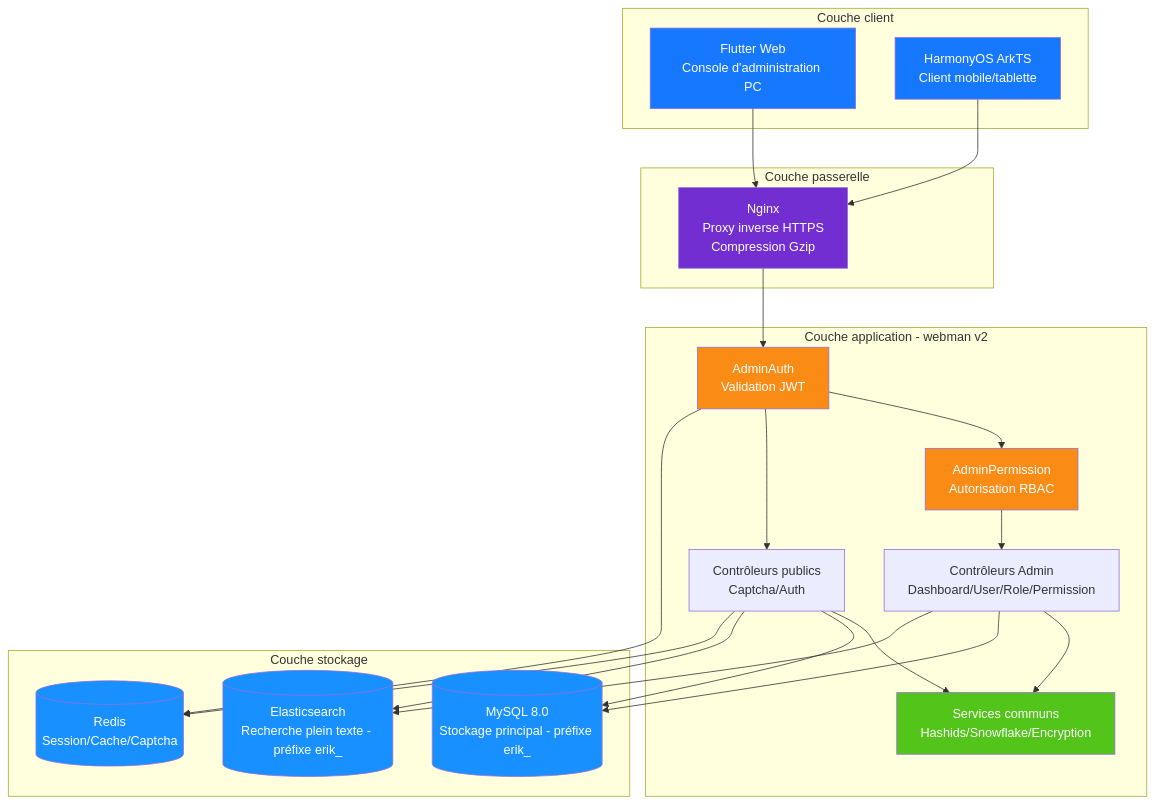
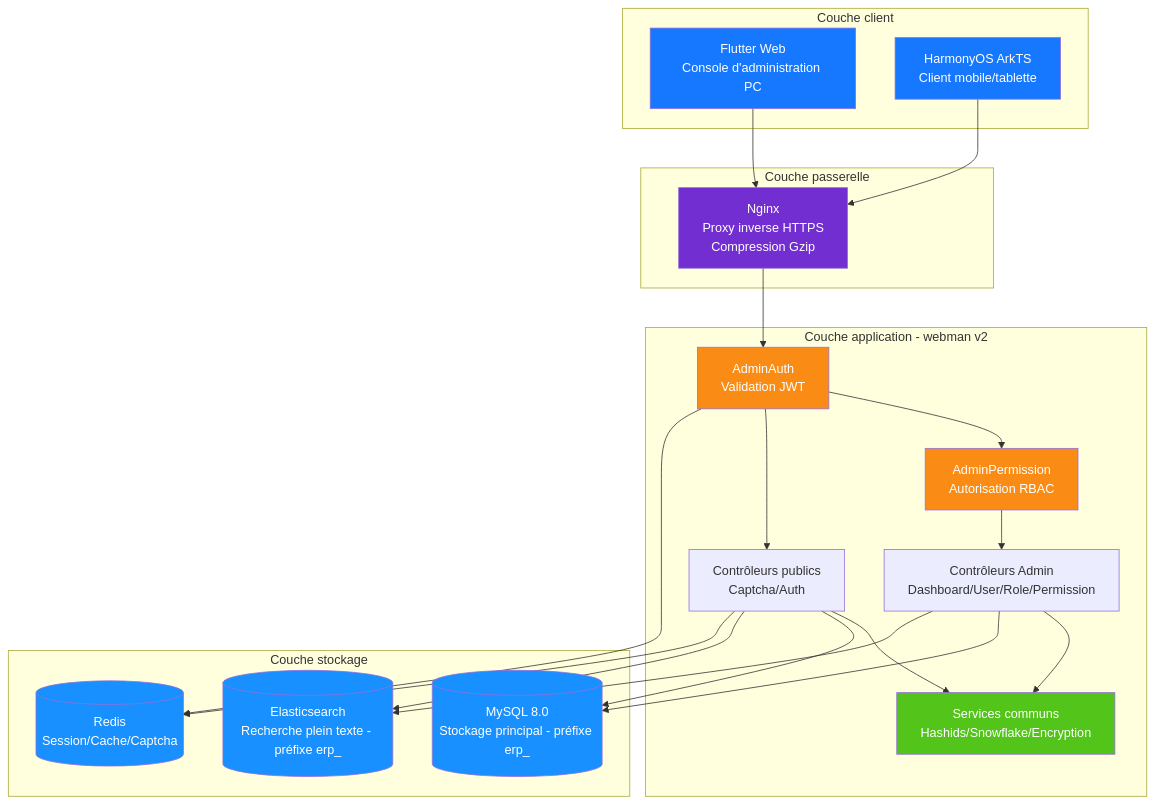
One commit to erikwang2013/erp-php changed the diagram in docs/i18n/fr/diagrams/01-system-architecture.md. Above: the diagram before and after it, drawn with Mermaid. The commit also changed 449 other files, not shown here.

First line of the commit message:
全局命名统一：数据库 erp、表前缀 erp_、Redis 前缀 erp:（原 erik_/open_admin）

````diff
--- a/docs/i18n/fr/diagrams/01-system-architecture.md
+++ b/docs/i18n/fr/diagrams/01-system-architecture.md
@@ -3,50 +3,50 @@
 ```mermaid
 flowchart TB
     subgraph clients["Couche client"]
         flutter["Flutter Web<br/>Console d'administration PC"]
         harmony["HarmonyOS ArkTS<br/>Client mobile/tablette"]
     end
 
     subgraph gateway["Couche passerelle"]
         nginx["Nginx<br/>Proxy inverse HTTPS<br/>Compression Gzip"]
     end
 
     subgraph app["Couche application - webman v2"]
         auth["AdminAuth<br/>Validation JWT"]
         perm["AdminPermission<br/>Autorisation RBAC"]
         admin["Contrôleurs Admin<br/>Dashboard/User/Role/Permission"]
         public["Contrôleurs publics<br/>Captcha/Auth"]
         common["Services communs<br/>Hashids/Snowflake/Encryption"]
     end
 
     subgraph storage["Couche stockage"]
-        mysql[("MySQL 8.0<br/>Stockage principal - préfixe erik_")]
-        es[("Elasticsearch<br/>Recherche plein texte - préfixe erik_")]
+        mysql[("MySQL 8.0<br/>Stockage principal - préfixe erp_")]
+        es[("Elasticsearch<br/>Recherche plein texte - préfixe erp_")]
         redis[("Redis<br/>Session/Cache/Captcha")]
     end
 
     flutter --> nginx
     harmony --> nginx
     nginx --> auth
     auth --> perm
     perm --> admin
     auth --> public
     admin --> common
     public --> common
     admin --> mysql
     public --> mysql
     admin --> es
     public --> es
     auth --> redis
     public --> redis
 
     style flutter fill:#1677FF,color:#fff
     style harmony fill:#1677FF,color:#fff
     style nginx fill:#722ED1,color:#fff
     style auth fill:#FA8C16,color:#fff
     style perm fill:#FA8C16,color:#fff
     style common fill:#52C41A,color:#fff
     style mysql fill:#1890FF,color:#fff
     style es fill:#1890FF,color:#fff
     style redis fill:#1890FF,color:#fff
 ```
````
